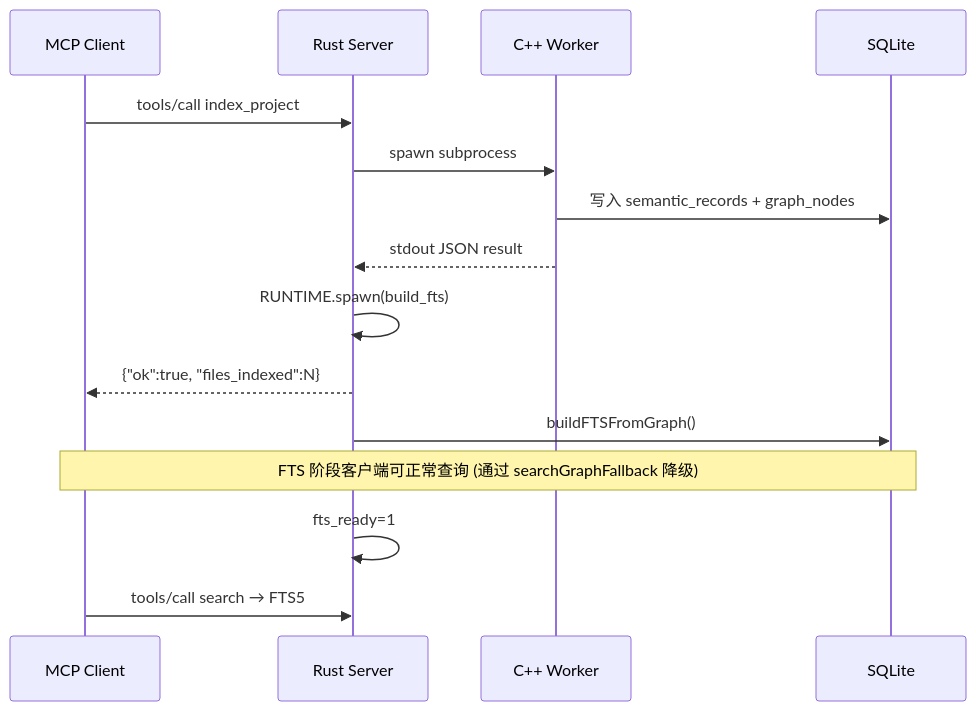
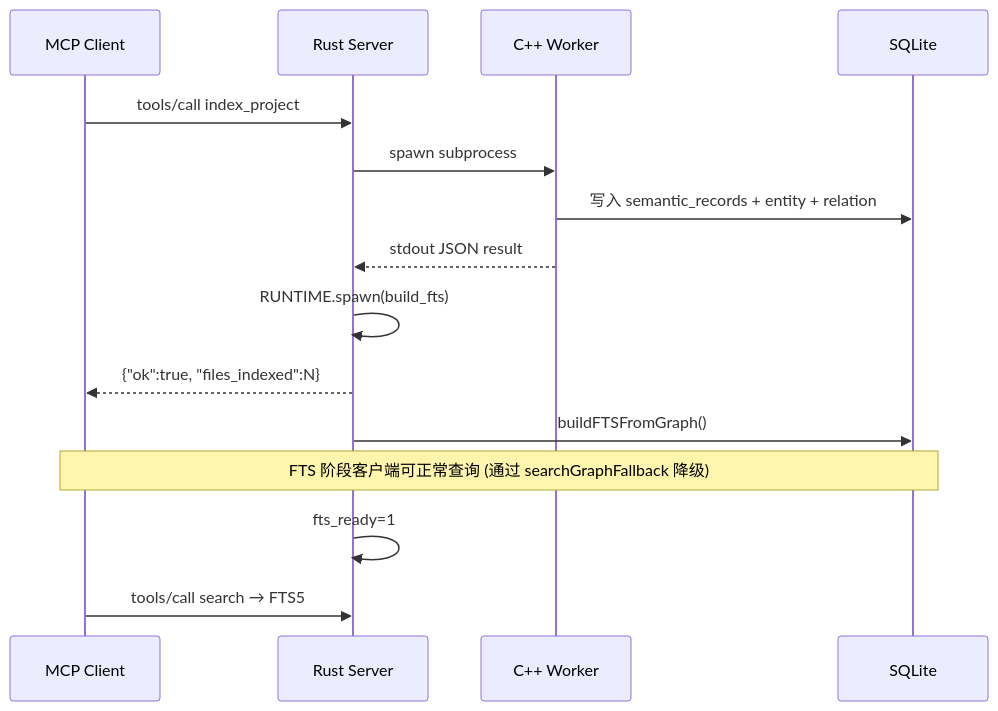
The seventh of 8 diagrams in docs/zh/architecture.md (Timwood0x10/CodeScope), drawn with Mermaid before and after one commit. The commit also changed other lines of this file and 37 other files, not shown here.

````diff
--- a/docs/zh/architecture.md
+++ b/docs/zh/architecture.md
@@ -189,18 +189,18 @@
 ```mermaid
 sequenceDiagram
     participant Client as MCP Client
     participant Server as Rust Server
     participant Worker as C++ Worker
     participant DB as SQLite
 
     Client->>Server: tools/call index_project
     Server->>Worker: spawn subprocess
-    Worker->>DB: 写入 semantic_records + graph_nodes
+    Worker->>DB: 写入 semantic_records + entity + relation
     Worker-->>Server: stdout JSON result
     Server->>Server: RUNTIME.spawn(build_fts)
     Server-->>Client: {"ok":true, "files_indexed":N}
     Server->>DB: buildFTSFromGraph()
     Note over Client,DB: FTS 阶段客户端可正常查询 (通过 searchGraphFallback 降级)
     Server->>Server: fts_ready=1
     Client->>Server: tools/call search → FTS5
 ```
````
